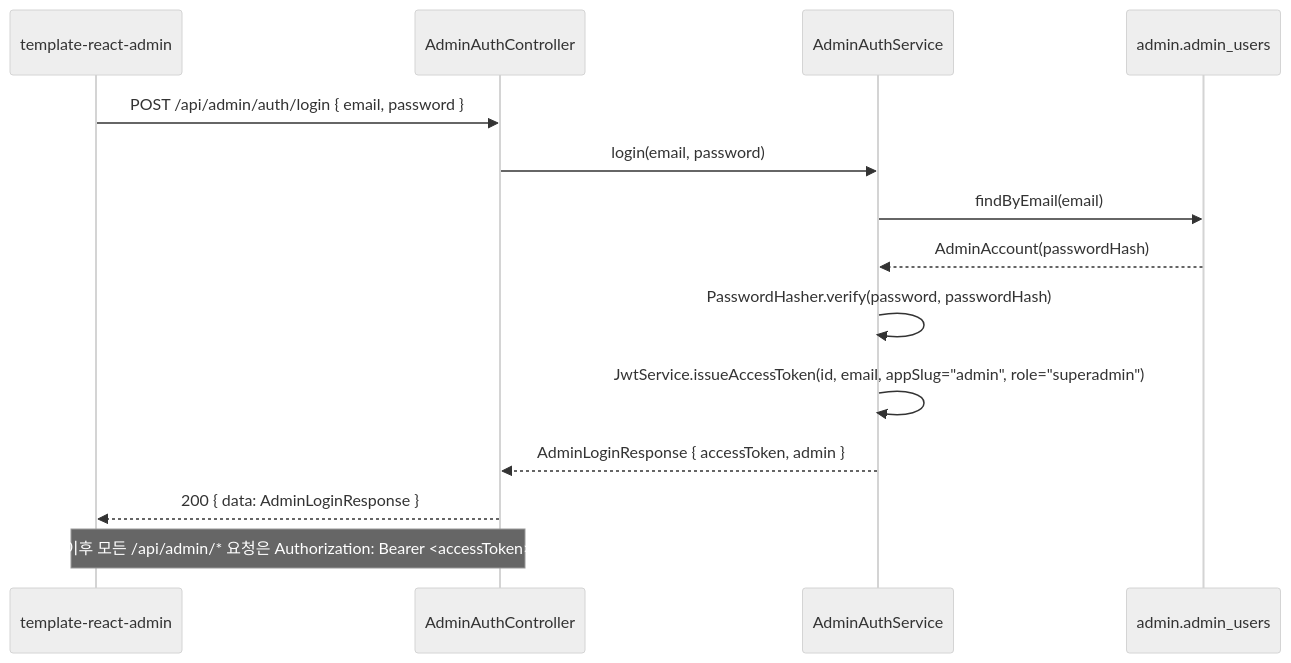
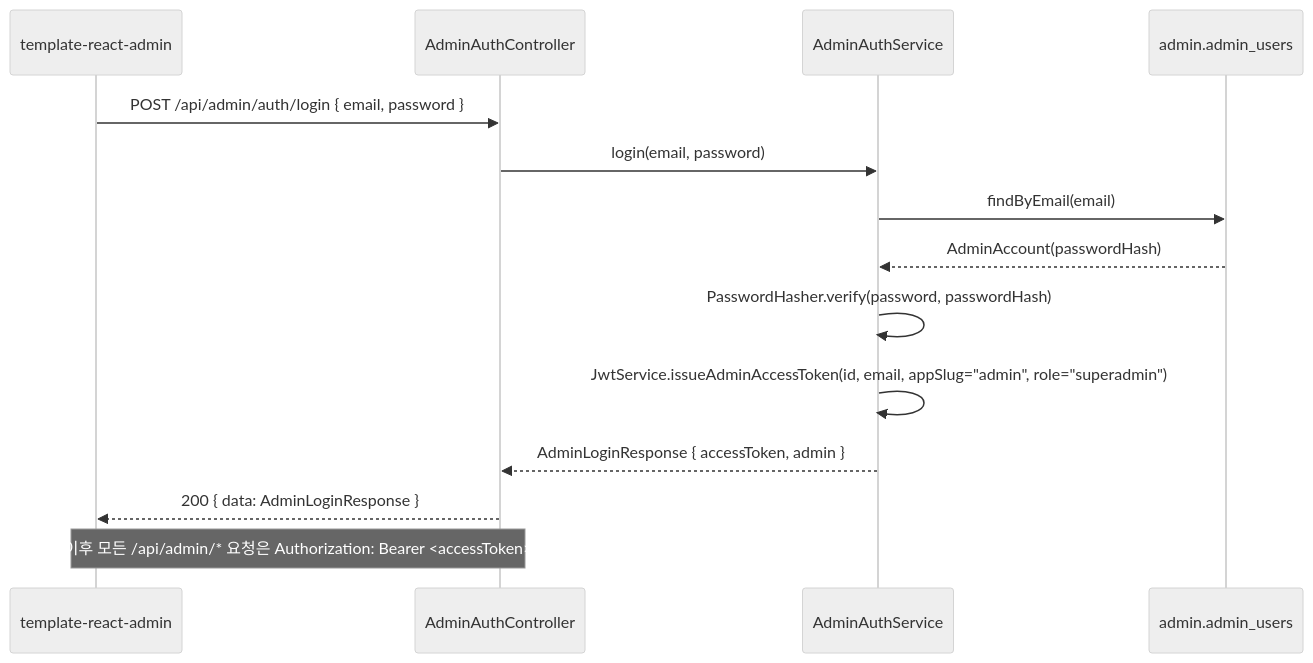
One commit to storkspear/docs-template-spring changed the diagram in docs/api-and-functional/admin-console.md. Above: the diagram before and after it, drawn with Mermaid (neutral theme). The commit also changed other lines of this file and 1 other file, not shown here.

Commit message:
docs: sync from template-spring (16db222b572b6705190442970f7e24ec09a624f8) (#59)
template-spring main → docs-template-spring docs/ mirror.
tools/sync-docs.sh — archive/, manifest.json 자동 exclude.

트리거 commit:
fix(admin): superadmin 토큰 전용 TTL (기본 12h)

````diff
--- a/docs/api-and-functional/admin-console.md
+++ b/docs/api-and-functional/admin-console.md
@@ -37,18 +37,18 @@
 ```mermaid
 sequenceDiagram
     participant React as template-react-admin
     participant API as AdminAuthController
     participant Svc as AdminAuthService
     participant DB as admin.admin_users
 
     React->>API: POST /api/admin/auth/login { email, password }
     API->>Svc: login(email, password)
     Svc->>DB: findByEmail(email)
     DB-->>Svc: AdminAccount(passwordHash)
     Svc->>Svc: PasswordHasher.verify(password, passwordHash)
-    Svc->>Svc: JwtService.issueAccessToken(id, email, appSlug="admin", role="superadmin")
+    Svc->>Svc: JwtService.issueAdminAccessToken(id, email, appSlug="admin", role="superadmin")
     Svc-->>API: AdminLoginResponse { accessToken, admin }
     API-->>React: 200 { data: AdminLoginResponse }
 
     Note over React,API: 이후 모든 /api/admin/* 요청은 Authorization: Bearer <accessToken>
 ```
````
